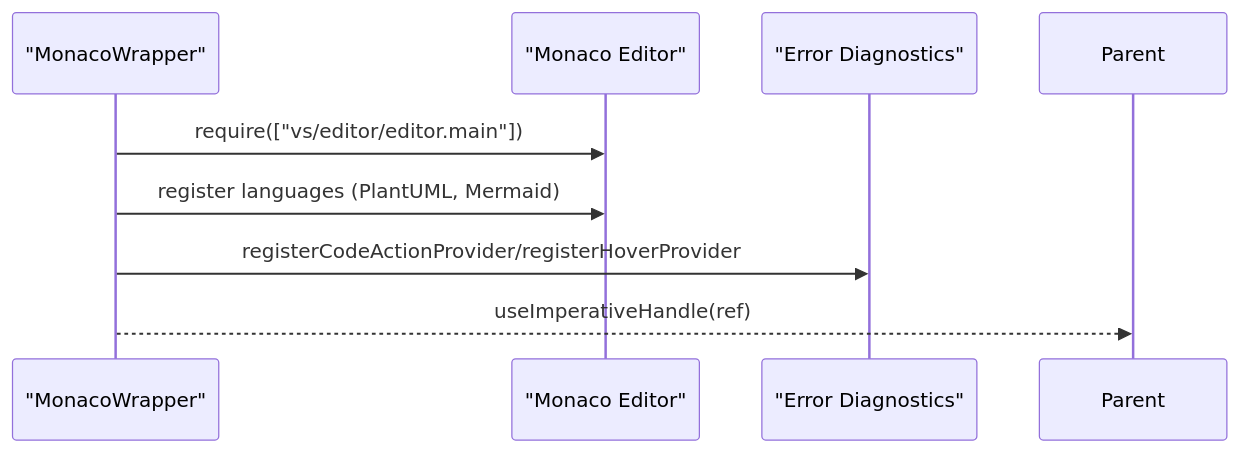
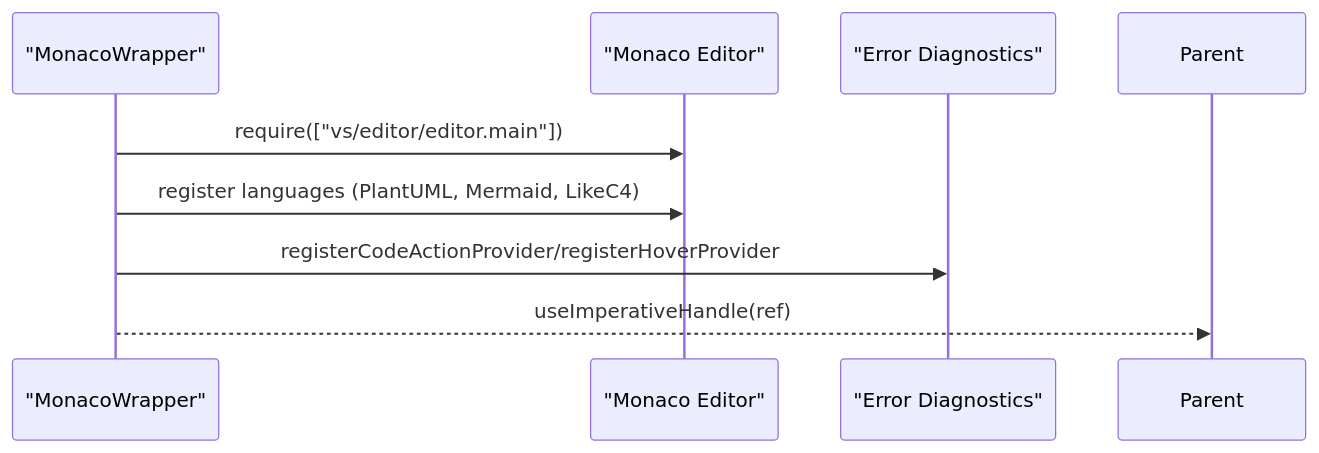
The fourth of 9 diagrams in .qoder/repowiki/en/content/Editor Architecture/Component Architecture.md (ongchonghian/universal-diagram-editor), drawn with Mermaid before and after one commit. The commit also changed other lines of this file and 31 other files, not shown here.

````diff
--- a/.qoder/repowiki/en/content/Editor Architecture/Component Architecture.md
+++ b/.qoder/repowiki/en/content/Editor Architecture/Component Architecture.md
@@ -249,10 +218,10 @@
 ```mermaid
 sequenceDiagram
 participant MW as "MonacoWrapper"
 participant ME as "Monaco Editor"
 participant ED as "Error Diagnostics"
 MW->>ME : require(["vs/editor/editor.main"])
-MW->>ME : register languages (PlantUML, Mermaid)
+MW->>ME : register languages (PlantUML, Mermaid, LikeC4)
 MW->>ED : registerCodeActionProvider/registerHoverProvider
 MW-->>Parent : useImperativeHandle(ref)
 ```
````
